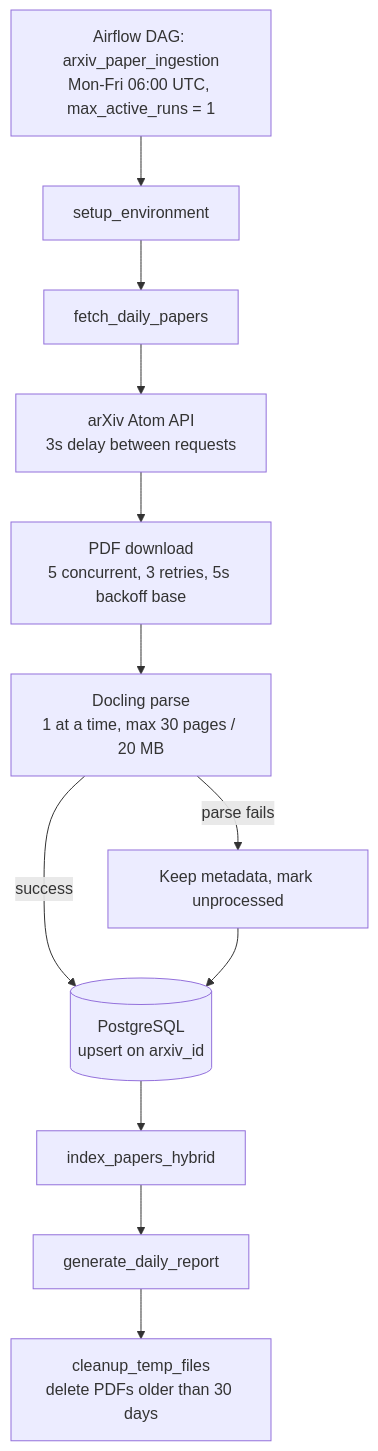
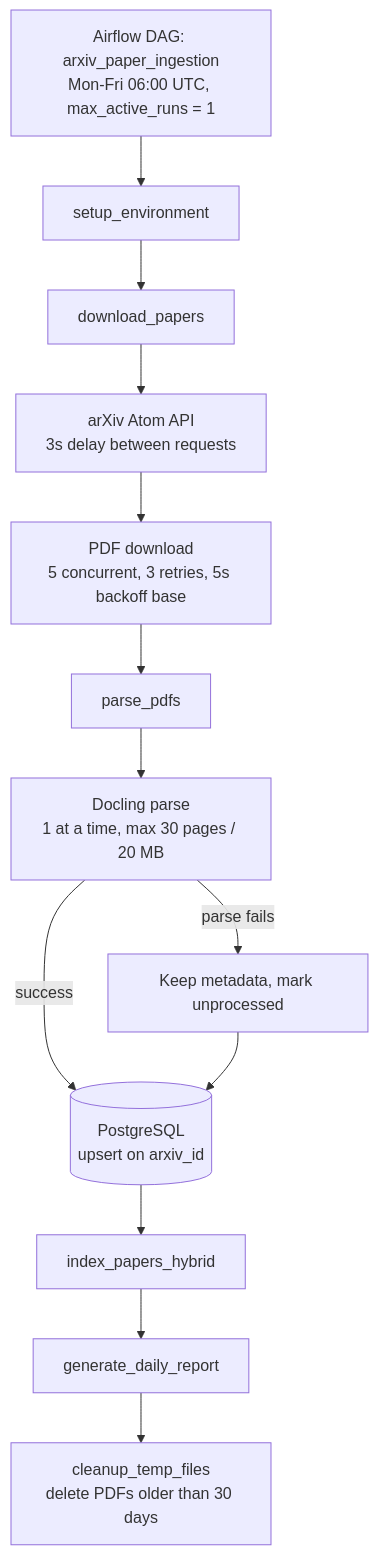
Before and after one commit to apssouza22/production-rag: the second of 11 diagrams in docs/ARTICLE.md, drawn with Mermaid. The commit also changed other lines of this file and 68 other files, not shown here.

````diff
--- a/docs/ARTICLE.md
+++ b/docs/ARTICLE.md
@@ -92,14 +92,15 @@
 ```mermaid
 flowchart TD
     A["Airflow DAG: arxiv_paper_ingestion<br/>Mon-Fri 06:00 UTC, max_active_runs = 1"] --> B["setup_environment"]
-    B --> C["fetch_daily_papers"]
+    B --> C["download_papers"]
     C --> C1["arXiv Atom API<br/>3s delay between requests"]
     C1 --> C2["PDF download<br/>5 concurrent, 3 retries, 5s backoff base"]
-    C2 --> C3["Docling parse<br/>1 at a time, max 30 pages / 20 MB"]
-    C3 -->|"success"| D[("PostgreSQL<br/>upsert on arxiv_id")]
-    C3 -->|"parse fails"| C4["Keep metadata, mark unprocessed"]
-    C4 --> D
+    C2 --> P["parse_pdfs"]
+    P --> P1["Docling parse<br/>1 at a time, max 30 pages / 20 MB"]
+    P1 -->|"success"| D[("PostgreSQL<br/>upsert on arxiv_id")]
+    P1 -->|"parse fails"| P2["Keep metadata, mark unprocessed"]
+    P2 --> D
     D --> E["index_papers_hybrid"]
     E --> F["generate_daily_report"]
     F --> G["cleanup_temp_files<br/>delete PDFs older than 30 days"]
 ```
````
